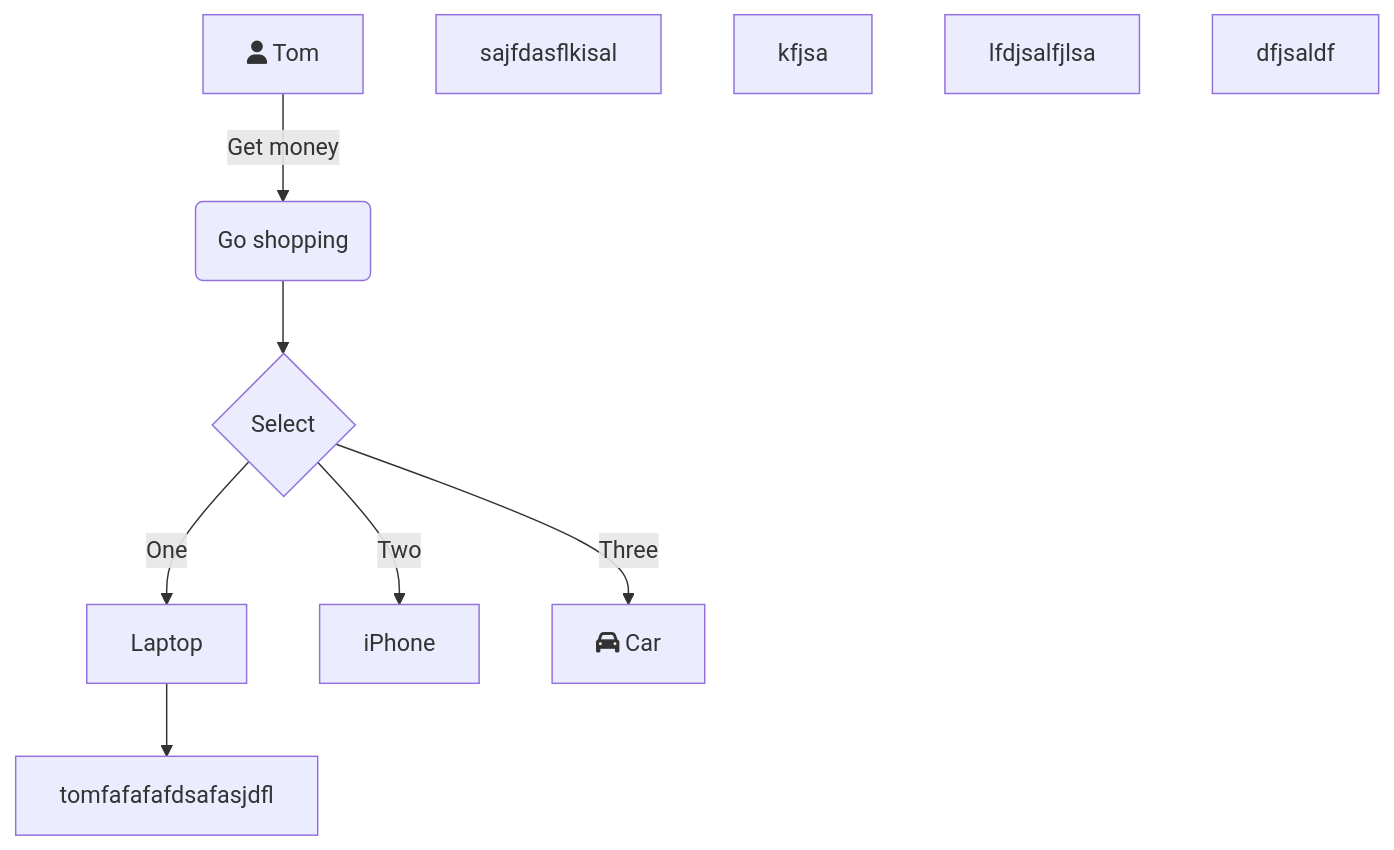
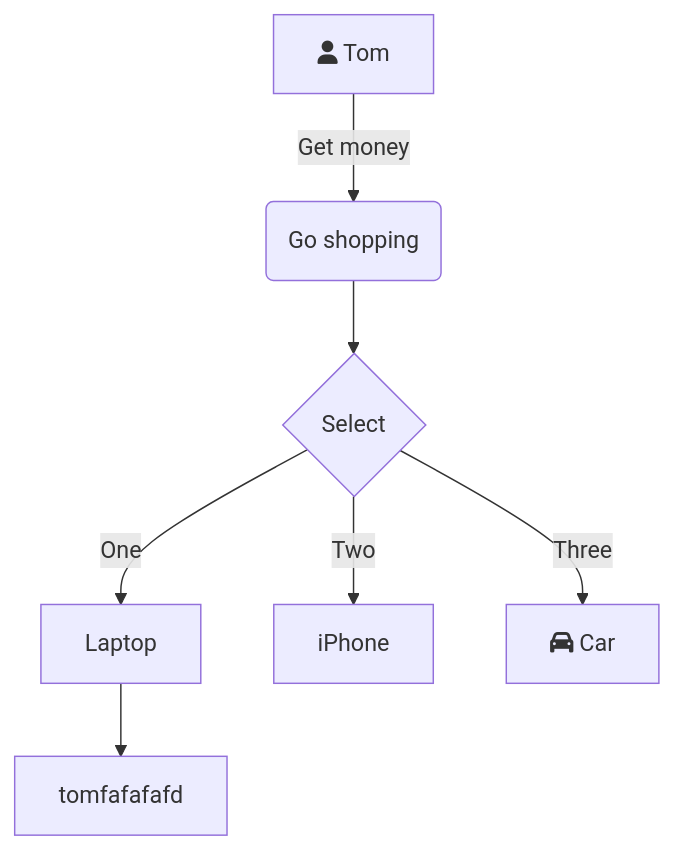
The diagram in all/未命名.md (hanfeng21050/iodraw-files), drawn with Mermaid before and after one commit.

Commit message:
2024-07-23 11:07:58 update

````diff
--- a/all/未命名.md
+++ b/all/未命名.md
@@ -1,10 +1,10 @@
 ```mermaid
 graph TD
     A[fa:fa-user Tom] -->|Get money| B(Go shopping)
     B --> C{Select}
     C -->|One| D[Laptop]
     C -->|Two| E[iPhone]
     C -->|Three| F[fa:fa-car Car]
-    D --> tomfafafafdsafasjdfl;sajfdasflkisal;kfjsa;lfdjsalfjlsa;dfjsaldf
+    D --> tomfafafafd
   
 ```
````
